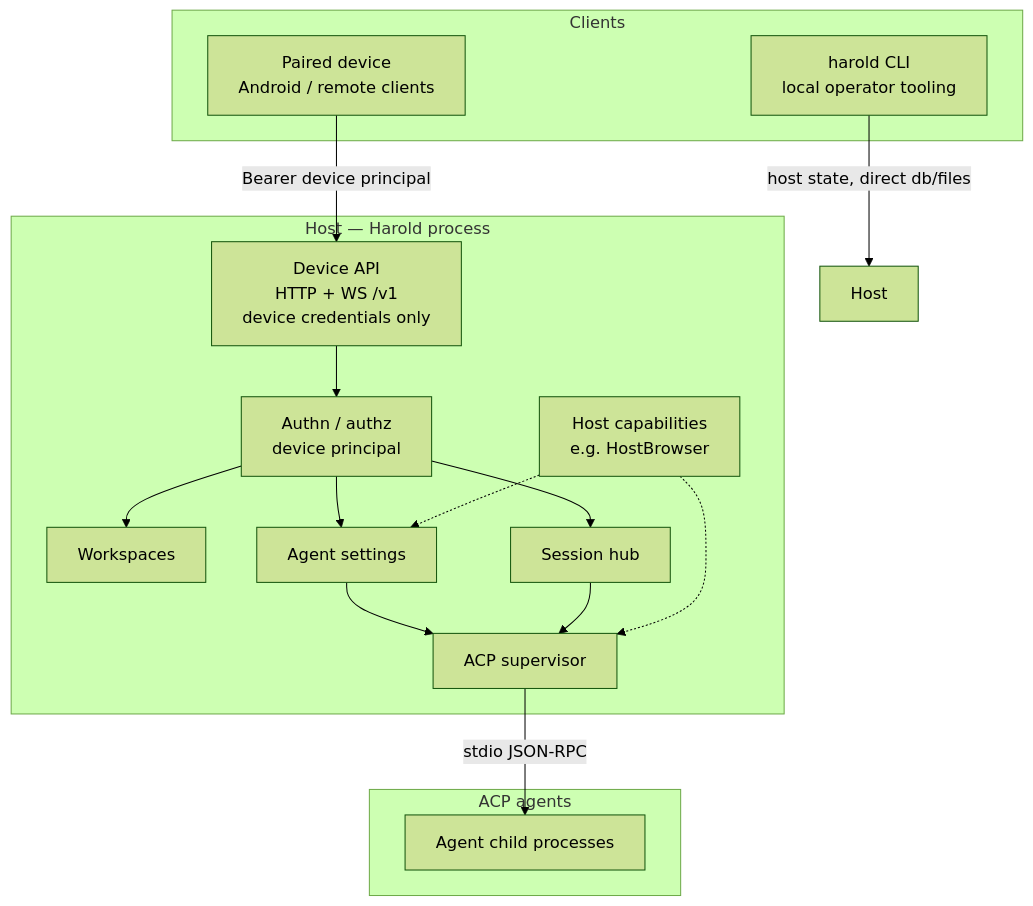
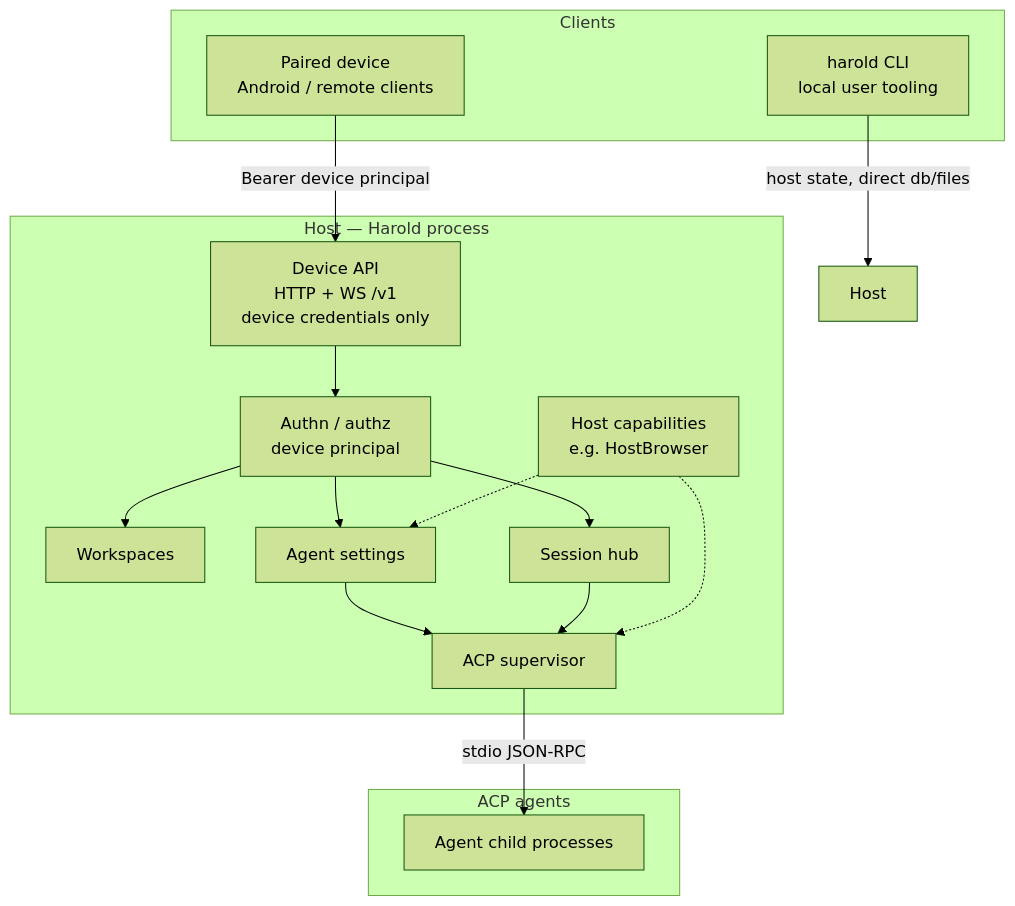
One commit to codenamegary/harold changed the first of 3 diagrams in docs/adr/0000-harold.md. Above: the diagram before and after it, drawn with Mermaid (forest theme). The commit also changed other lines of this file and 38 other files, not shown here.

First line of the commit message:
refactor: replace operator with user across code and docs

````diff
--- a/docs/adr/0000-harold.md
+++ b/docs/adr/0000-harold.md
@@ -51,33 +51,33 @@
 ```mermaid
 flowchart TB
   subgraph clients [Clients]
-    CLI[harold CLI<br/>local operator tooling]
+    CLI[harold CLI<br/>local user tooling]
     Android[Paired device<br/>Android / remote clients]
   end
 
   subgraph host [Host — Harold process]
     API[Device API<br/>HTTP + WS /v1<br/>device credentials only]
     Auth[Authn / authz<br/>device principal]
     Workspaces[Workspaces]
     AgentSettings[Agent settings]
     SessionHub[Session hub]
     Caps[Host capabilities<br/>e.g. HostBrowser]
     Super[ACP supervisor]
   end
 
   subgraph agents [ACP agents]
     Proc[Agent child processes]
   end
 
   CLI -->|host state, direct db/files| Host
   Android -->|Bearer device principal| API
   API --> Auth
   Auth --> Workspaces
   Auth --> AgentSettings
   Auth --> SessionHub
   AgentSettings --> Super
   SessionHub --> Super
   Super -->|stdio JSON-RPC| Proc
   Caps -.-> Super
   Caps -.-> AgentSettings
 ```
````
